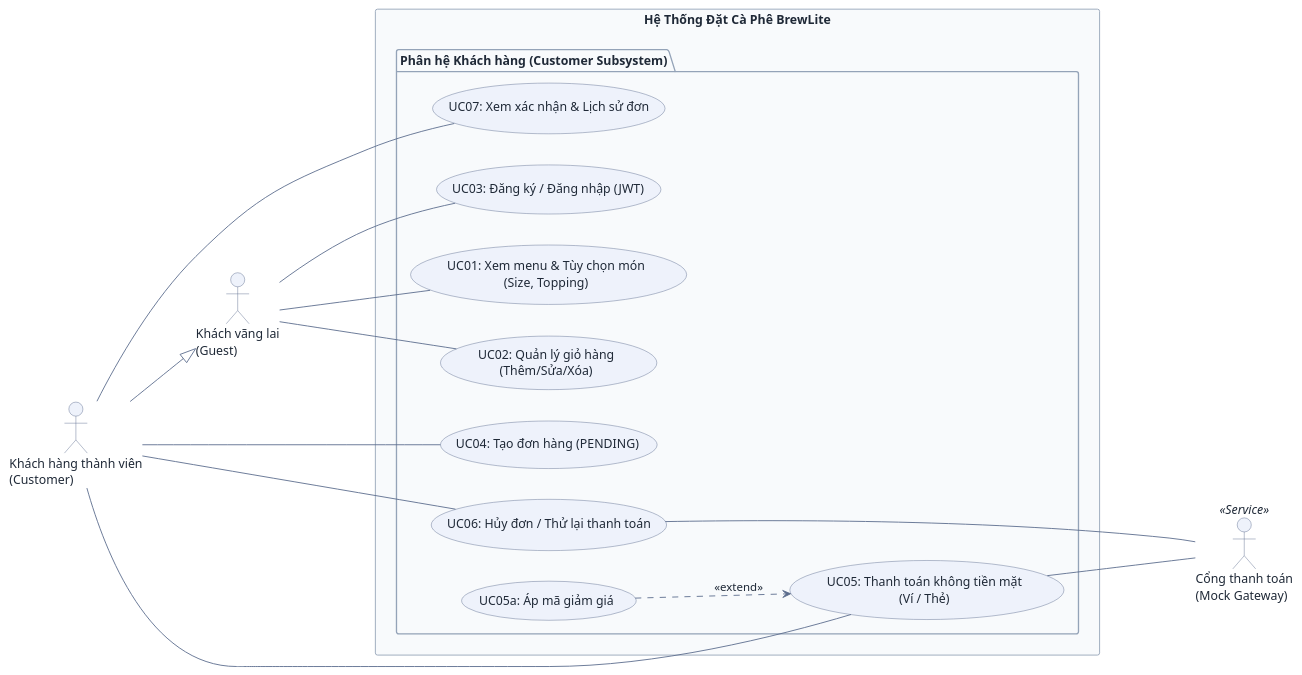
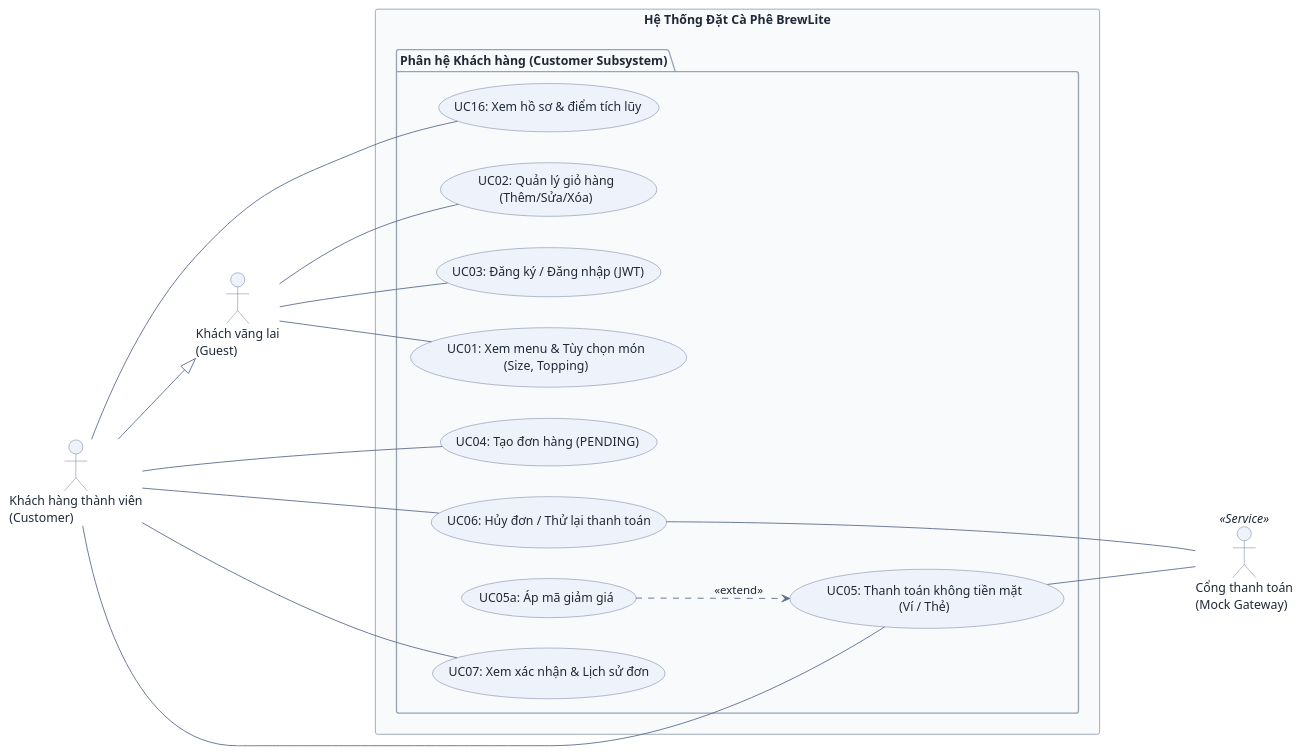
Before and after one commit to DuVinhLoi/BrewLite: the second of 2 diagrams in docs/use-case-specifications.md, drawn with PlantUML. The commit also changed other lines of this file and 20 other files, not shown here.

Commit message:
feat: sync use cases and sequence docs with code (UC16, Admin inherits Barista, product-name query, barista loading)

````diff
--- a/docs/use-case-specifications.md
+++ b/docs/use-case-specifications.md
@@ -142,68 +148,70 @@
 ```plantuml
 @startuml
 skinparam DefaultFontColor #1f2937
 skinparam ArrowColor #5b6b8c
 skinparam ArrowFontColor #1f2937
 skinparam PackageBackgroundColor #f8fafc
 skinparam PackageBorderColor #94a3b8
 skinparam ActorBackgroundColor #eef2fb
 skinparam ActorBorderColor #5b6b8c
 skinparam UsecaseBackgroundColor #eef2fb
 skinparam UsecaseBorderColor #5b6b8c
 
 left to right direction
 
 ' ==========================================
 ' 1. TÁC NHÂN CHÍNH (PRIMARY ACTORS - BÊN TRÁI)
 ' ==========================================
 actor "Khách vãng lai\n(Guest)" as Guest
 actor "Khách hàng thành viên\n(Customer)" as Customer
 
 ' Customer kế thừa toàn bộ quyền của Guest
 Customer --|> Guest
 
 ' ==========================================
 ' 2. BIÊN GIỚI HỆ THỐNG BREWLITE
 ' ==========================================
 rectangle "Hệ Thống Đặt Cà Phê BrewLite" {
   package "Phân hệ Khách hàng (Customer Subsystem)" {
     usecase "UC01: Xem menu & Tùy chọn món\n(Size, Topping)" as UC01
     usecase "UC02: Quản lý giỏ hàng\n(Thêm/Sửa/Xóa)" as UC02
     usecase "UC03: Đăng ký / Đăng nhập (JWT)" as UC03
     usecase "UC04: Tạo đơn hàng (PENDING)" as UC04
     usecase "UC05: Thanh toán không tiền mặt\n(Ví / Thẻ)" as UC05
     usecase "UC05a: Áp mã giảm giá" as UC05a
     usecase "UC06: Hủy đơn / Thử lại thanh toán" as UC06
     usecase "UC07: Xem xác nhận & Lịch sử đơn" as UC07
+    usecase "UC16: Xem hồ sơ & điểm tích lũy" as UC16
   }
 }
 
 ' ==========================================
 ' 3. TÁC NHÂN DỊCH VỤ (SECONDARY ACTOR - BÊN PHẢI)
 ' ==========================================
 actor "Cổng thanh toán\n(Mock Gateway)" as Gateway <<Service>>
 
 ' ==========================================
 ' 4. ĐƯỜNG NỐI LIÊN KẾT (ASSOCIATIONS)
 ' ==========================================
 
 ' --- KHÁCH VÃNG LAI (GUEST) ---
 Guest --- UC01
 Guest --- UC02
 Guest --- UC03
 
 ' --- KHÁCH HÀNG THÀNH VIÊN (CUSTOMER) ---
 Customer --- UC04
 Customer --- UC05
 Customer --- UC06
 Customer --- UC07
+Customer --- UC16
 
 ' --- QUAN HỆ MỞ RỘNG (EXTEND) ---
 UC05a ..> UC05 : <<extend>>
 
 ' --- KẾT NỐI CỔNG THANH TOÁN (GATEWAY) ---
 UC05 --- Gateway
 UC06 --- Gateway
 
 @enduml
 ```
````
